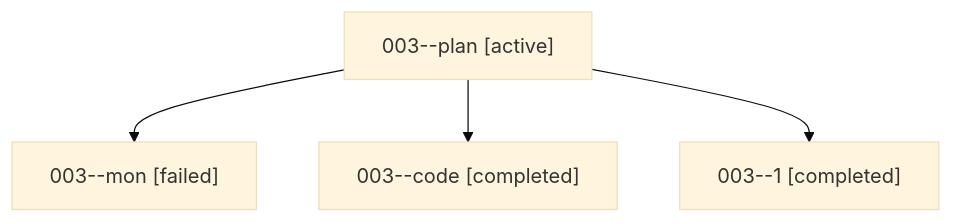
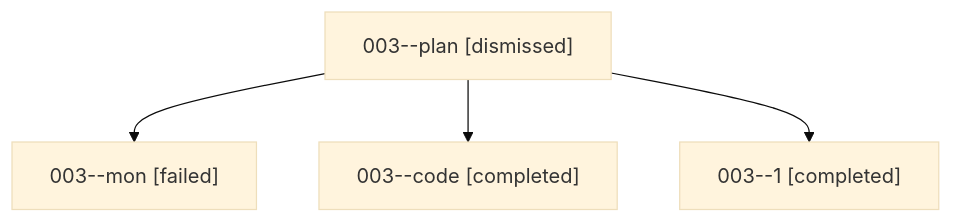
One commit to sase-org/sase--agents changed the diagram in sessions/bbugyi200.athena.003.md. Above: the diagram before and after it, drawn with Mermaid (base theme). The commit also changed other lines of this file and 38 other files, not shown here.

````diff
--- a/sessions/bbugyi200.athena.003.md
+++ b/sessions/bbugyi200.athena.003.md
@@ -9,10 +9,10 @@
 ```mermaid
 flowchart TD
-  n0["003--plan [active]"]
+  n0["003--plan [dismissed]"]
   n1["003--mon [failed]"]
   n0 --> n1
   n2["003--code [completed]"]
   n0 --> n2
   n3["003--1 [completed]"]
   n0 --> n3
 ```
````
